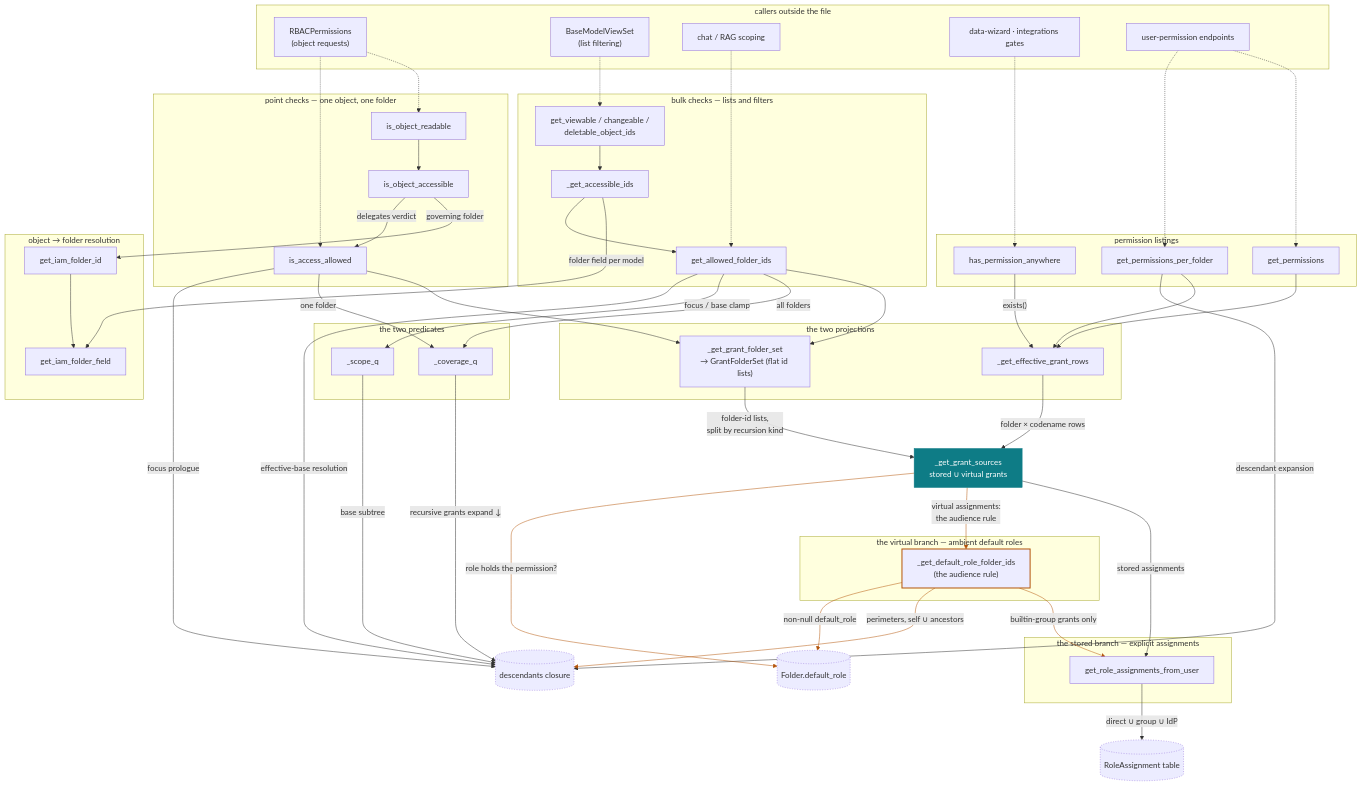
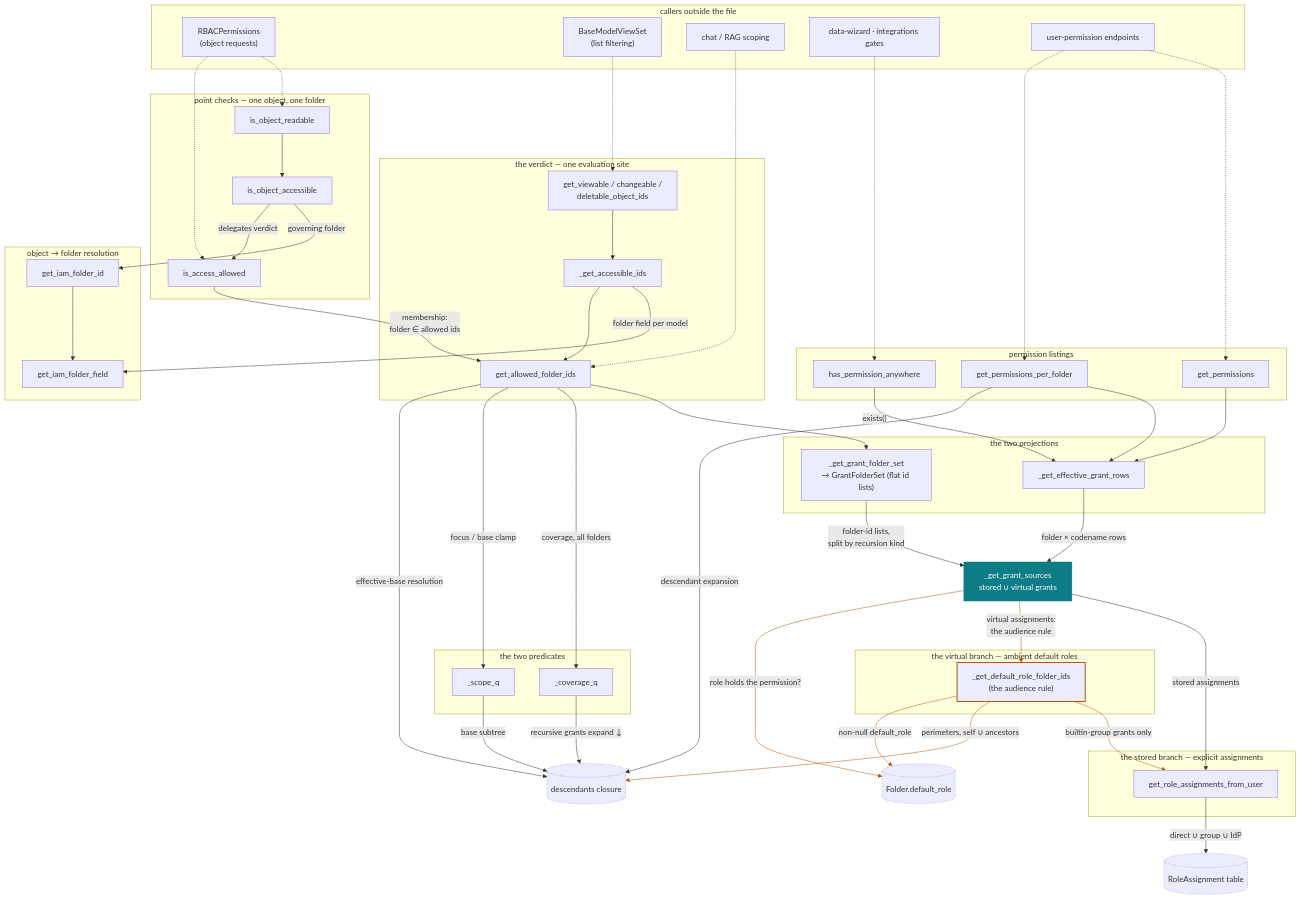
Before and after one commit to intuitem/ciso-assistant-community: the diagram in documentation/architecture/iam-grant-resolution.md, drawn with Mermaid. The commit also changed other lines of this file and 3 other files, not shown here.

````diff
--- a/documentation/architecture/iam-grant-resolution.md
+++ b/documentation/architecture/iam-grant-resolution.md
@@ -44,7 +46,7 @@
     IAA["is_access_allowed"]
   end
 
-  subgraph BULK["bulk checks — lists and filters"]
+  subgraph BULK["the verdict — one evaluation site"]
     GVOI["get_viewable / changeable /<br/>deletable_object_ids"]
     GAI["_get_accessible_ids"]
     GAFI["get_allowed_folder_ids"]
@@ -97,15 +99,13 @@
   IOA -- "governing folder" --> GIFI
   GIFI --> GIFF
   IOA -- "delegates verdict" --> IAA
-  IAA --> GFS
-  IAA -- "one folder" --> COVQ
-  IAA -- "focus prologue" --> CLO
+  IAA -- "membership:<br/>folder ∈ allowed ids" --> GAFI
 
   GVOI --> GAI
   GAI -- "folder field per model" --> GIFF
   GAI --> GAFI
   GAFI --> GFS
-  GAFI -- "all folders" --> COVQ
+  GAFI -- "coverage, all folders" --> COVQ
   GAFI -- "focus / base clamp" --> SCOQ
   GAFI -- "effective-base resolution" --> CLO
 
@@ -130,5 +130,5 @@
   DRF -- "perimeters, self ∪ ancestors" --> CLO
   DRF -- "non-null default_role" --> FDR
 
-  linkStyle 30,31,33,34,35 stroke:#B4550A
+  linkStyle 28,29,31,32,33 stroke:#B4550A
 ```
````
